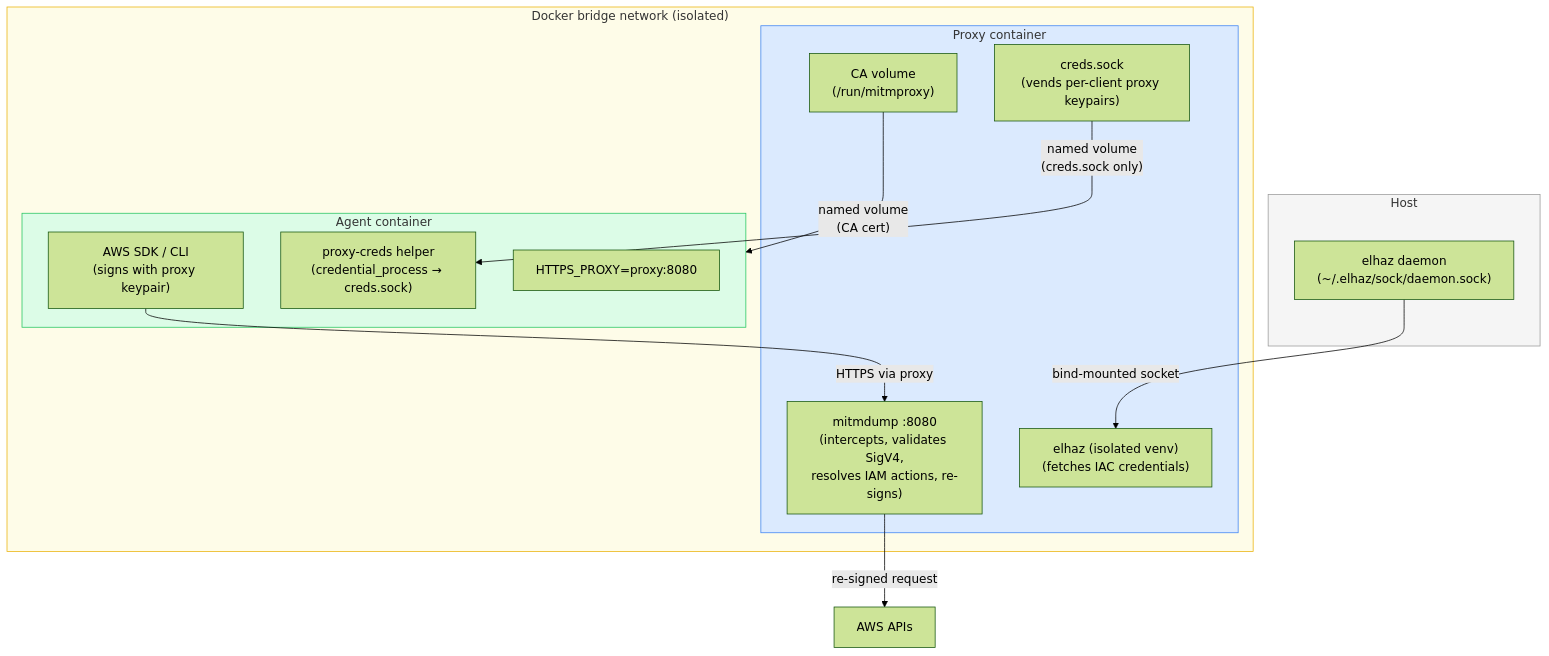
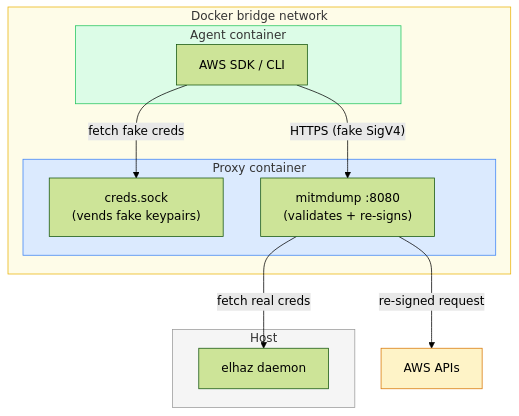
Before and after one commit to engseclabs/aws-sigv4-resigning-proxy: the third of 3 diagrams in README.md, drawn with Mermaid (forest theme). The commit also changed other lines of this file, not shown here.

First line of the commit message:
New diagramz

````diff
--- a/README.md
+++ b/README.md
@@ -17,32 +68,30 @@
 ```mermaid
-graph TD
+graph TB
     subgraph host["Host"]
-        elhaz["elhaz daemon<br/>(~/.elhaz/sock/daemon.sock)"]
+        elhaz["elhaz daemon"]
     end
 
-    subgraph proxy_net["Docker bridge network (isolated)"]
-        subgraph proxy_container["Proxy container"]
-            mitmdump["mitmdump :8080<br/>(intercepts, validates SigV4,<br/>resolves IAM actions, re-signs)"]
-            elhaz_venv["elhaz (isolated venv)<br/>(fetches IAC credentials)"]
-            creds_sock["creds.sock<br/>(vends per-client proxy keypairs)"]
-            ca_vol["CA volume<br/>(/run/mitmproxy)"]
+    subgraph net["Docker bridge network"]
+        subgraph proxy["Proxy container"]
+            vendor["creds.sock<br/>(vends fake keypairs)"]
+            mitm["mitmdump :8080<br/>(validates + re-signs)"]
         end
 
-        subgraph agent_container["Agent container"]
-            aws_sdk["AWS SDK / CLI<br/>(signs with proxy keypair)"]
-            proxy_creds["proxy-creds helper<br/>(credential_process → creds.sock)"]
-            https_proxy["HTTPS_PROXY=proxy:8080"]
+        subgraph agentbox["Agent container"]
+            agent["AWS SDK / CLI"]
         end
     end
 
-    elhaz -- "bind-mounted socket" --> elhaz_venv
-    creds_sock -- "named volume<br/>(creds.sock only)" --> proxy_creds
-    ca_vol -- "named volume<br/>(CA cert)" --> agent_container
-    aws_sdk -- "HTTPS via proxy" --> mitmdump
-    mitmdump -- "re-signed request" --> Internet["AWS APIs"]
+    aws["AWS APIs"]
+
+    agent -- "fetch fake creds" --> vendor
+    agent -- "HTTPS (fake SigV4)" --> mitm
+    mitm -- "fetch real creds" --> elhaz
+    mitm -- "re-signed request" --> aws
 
     style host fill:#f5f5f5,stroke:#999
-    style proxy_container fill:#dbeafe,stroke:#3b82f6
-    style agent_container fill:#dcfce7,stroke:#22c55e
-    style proxy_net fill:#fefce8,stroke:#eab308
+    style proxy fill:#dbeafe,stroke:#3b82f6
+    style agentbox fill:#dcfce7,stroke:#22c55e
+    style net fill:#fefce8,stroke:#eab308
+    style aws fill:#fef3c7,stroke:#d97706
 ```
````
